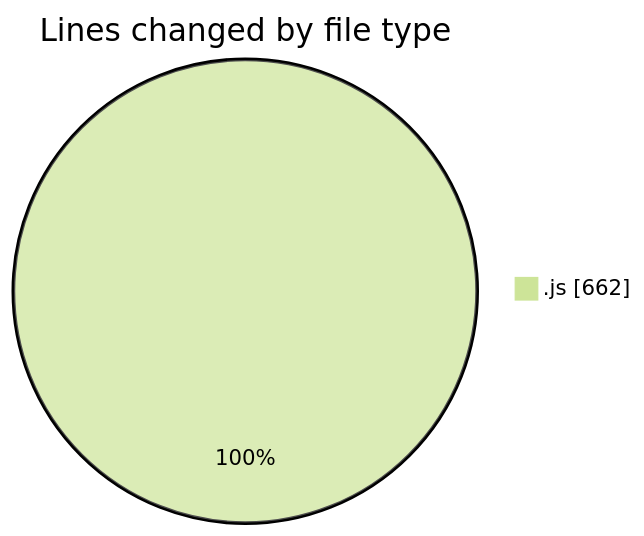
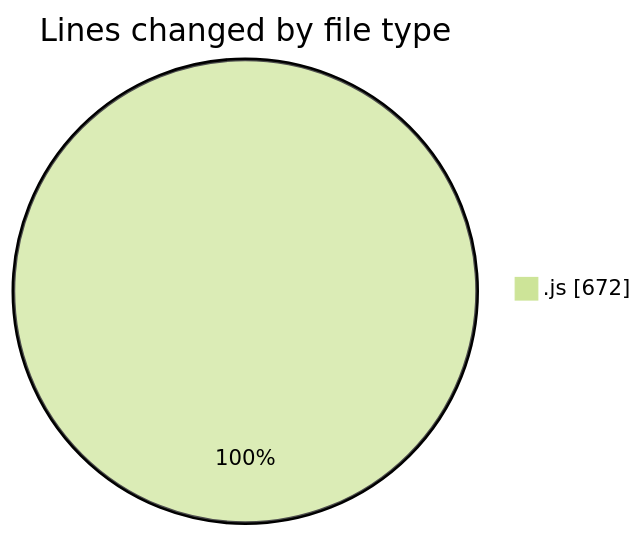
The first of 2 diagrams in 2025-02-04/cda/README.md (momahboobian/code-tracking), drawn with Mermaid (forest theme) before and after one commit. The commit also changed other lines of this file and 1 other file, not shown here.

````diff
--- a/2025-02-04/cda/README.md
+++ b/2025-02-04/cda/README.md
@@ -22,5 +22,5 @@
 ```mermaid
 pie showData
 title Lines changed by file type
-".js" : 662
+".js" : 672
 ```
````
